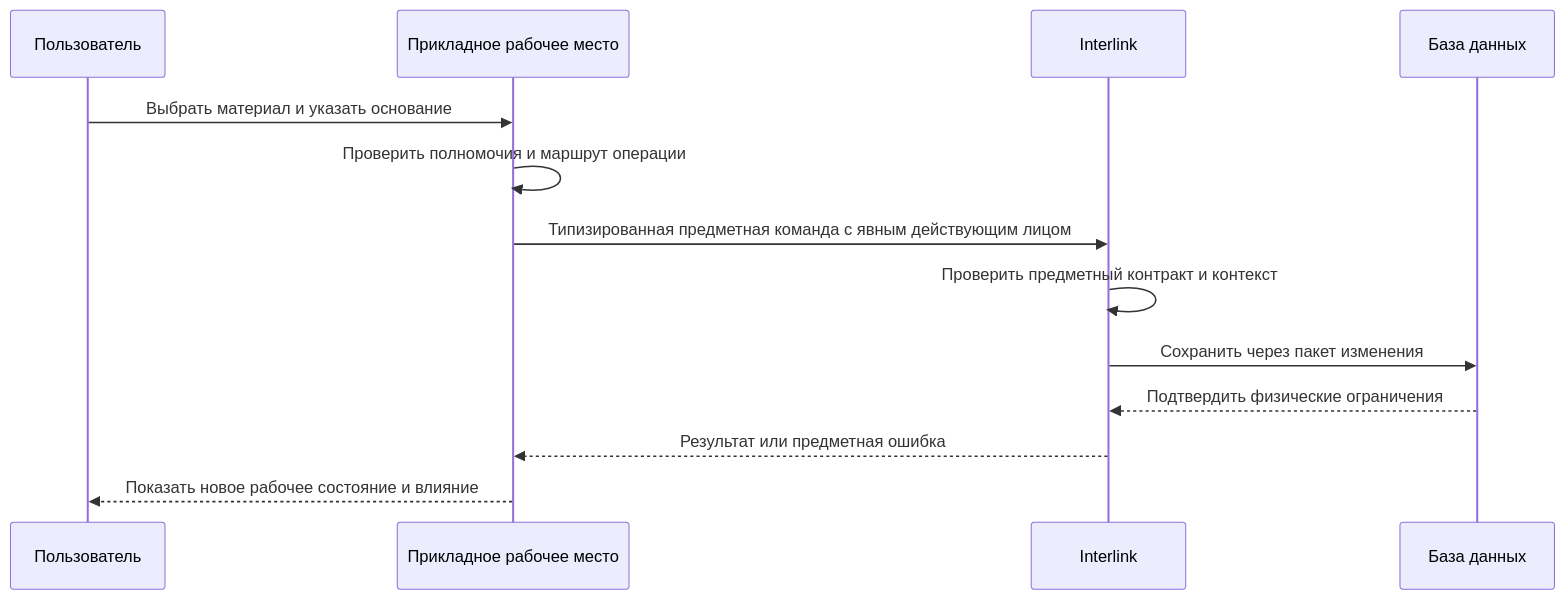
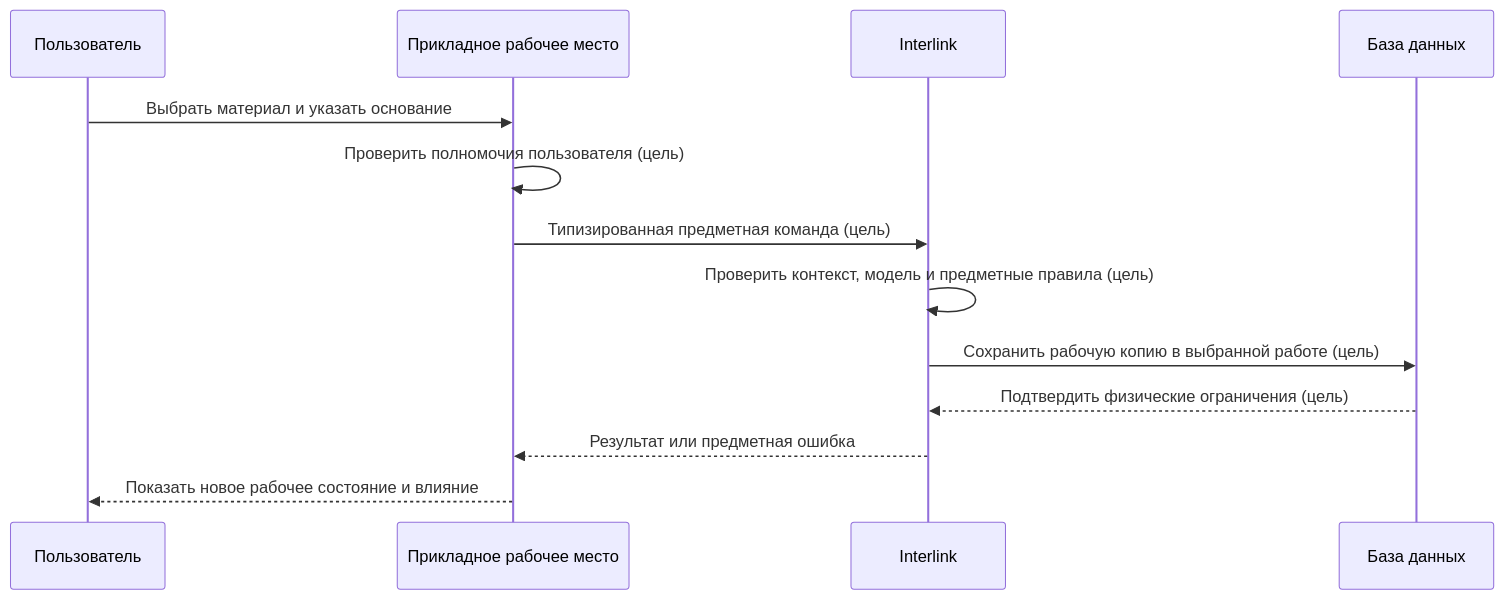
One commit to ZelAnton/Interlink-product-book changed the second of 2 diagrams in docs/data-structure/15-model-to-runtime.md. Above: the diagram before and after it, drawn with Mermaid. The commit also changed other lines of this file and 231 other files, not shown here.

````diff
--- a/docs/data-structure/15-model-to-runtime.md
+++ b/docs/data-structure/15-model-to-runtime.md
@@ -59,16 +65,16 @@
 ```mermaid
 sequenceDiagram
     participant П as Пользователь
     participant А as Прикладное рабочее место
     participant И as Interlink
     participant Б as База данных
 
     П->>А: Выбрать материал и указать основание
-    А->>А: Проверить полномочия и маршрут операции
-    А->>И: Типизированная предметная команда с явным действующим лицом
-    И->>И: Проверить предметный контракт и контекст
-    И->>Б: Сохранить через пакет изменения
-    Б-->>И: Подтвердить физические ограничения
+    А->>А: Проверить полномочия пользователя (цель)
+    А->>И: Типизированная предметная команда (цель)
+    И->>И: Проверить контекст, модель и предметные правила (цель)
+    И->>Б: Сохранить рабочую копию в выбранной работе (цель)
+    Б-->>И: Подтвердить физические ограничения (цель)
     И-->>А: Результат или предметная ошибка
     А-->>П: Показать новое рабочее состояние и влияние
 ```
````
